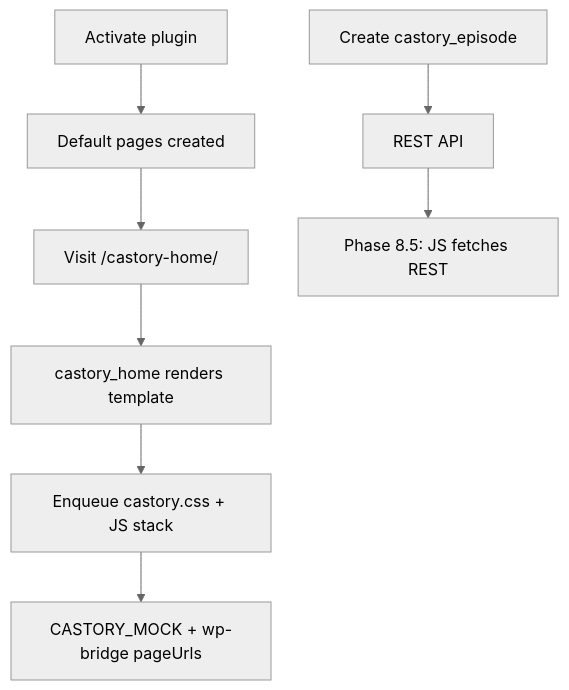
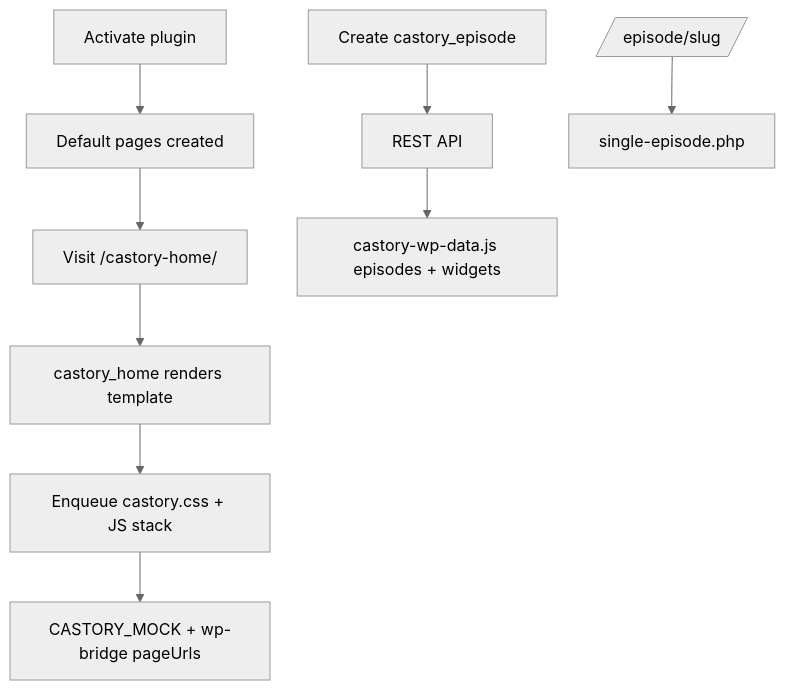
One commit to PicoRmin/castory-wordpress-podcast-plugin changed the diagram in docs/phases/PHASE-8.md. Above: the diagram before and after it, drawn with Mermaid (neutral theme). The commit also changed other lines of this file and 54 other files, not shown here.

````diff
--- a/docs/phases/PHASE-8.md
+++ b/docs/phases/PHASE-8.md
@@ -114,10 +121,11 @@
 ```mermaid
 flowchart TD
     Activate[Activate plugin] --> Pages[Default pages created]
     Pages --> Home[Visit /castory-home/]
     Home --> Shortcode[castory_home renders template]
     Shortcode --> Assets[Enqueue castory.css + JS stack]
     Assets --> Mock[CASTORY_MOCK + wp-bridge pageUrls]
     Admin[Create castory_episode] --> REST[REST API]
-    REST --> Future[Phase 8.5: JS fetches REST]
+    REST --> Hydrate[castory-wp-data.js episodes + widgets]
+    Permalink[/episode/slug/] --> Single[single-episode.php]
 ```
````
